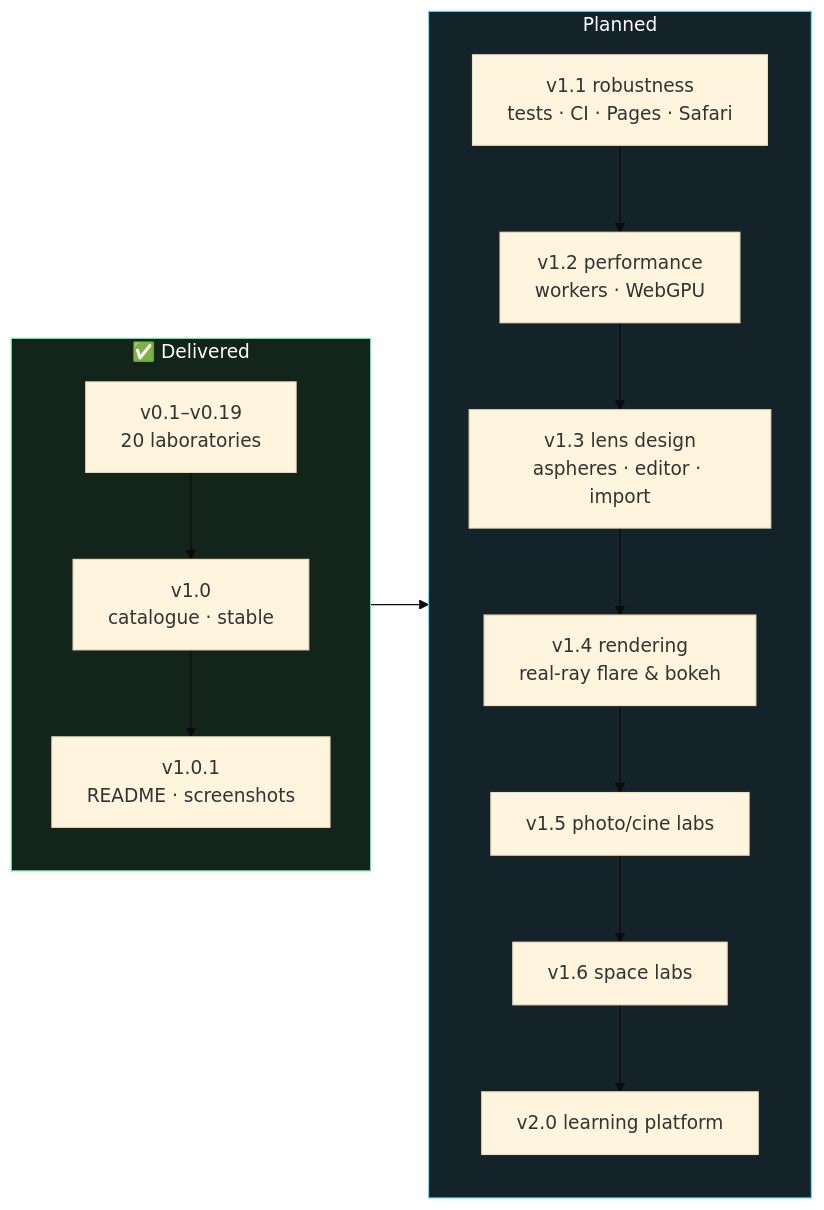
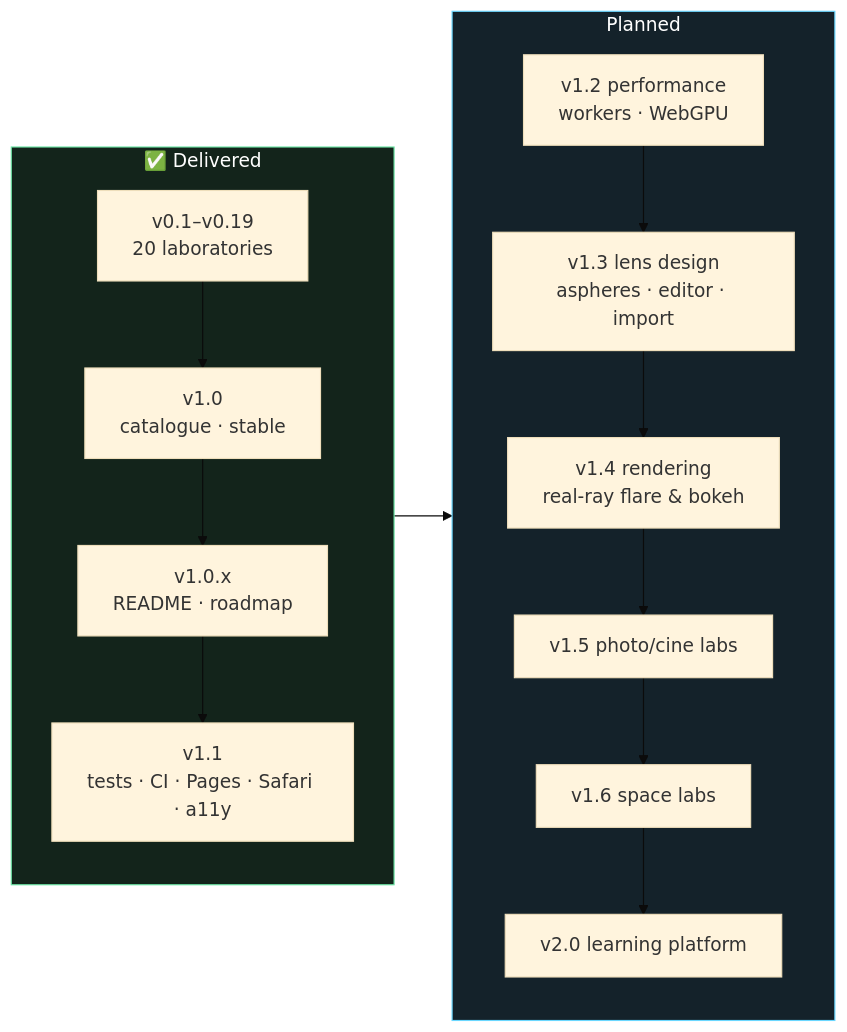
One commit to iiogurt/Optica_Viva changed the diagram in ROADMAP.md. Above: the diagram before and after it, drawn with Mermaid (base theme). The commit also changed other lines of this file and 4 other files, not shown here.

Commit message:
feat: v1.1 robustness milestone (tests, CI, Pages, Safari, URL state, mobile, a11y)

````diff
--- a/ROADMAP.md
+++ b/ROADMAP.md
@@ -50,15 +50,15 @@
 ```mermaid
 flowchart LR
     subgraph Done["✅ Delivered"]
         direction TB
-        D0["v0.1–v0.19<br/>20 laboratories"] --> D1["v1.0<br/>catalogue · stable"] --> D2["v1.0.1<br/>README · screenshots"]
+        D0["v0.1–v0.19<br/>20 laboratories"] --> D1["v1.0<br/>catalogue · stable"] --> D2["v1.0.x<br/>README · roadmap"] --> D3["v1.1<br/>tests · CI · Pages · Safari · a11y"]
     end
     subgraph Next["Planned"]
         direction TB
-        N1["v1.1 robustness<br/>tests · CI · Pages · Safari"] --> N2["v1.2 performance<br/>workers · WebGPU"] --> N3["v1.3 lens design<br/>aspheres · editor · import"]
+        N2["v1.2 performance<br/>workers · WebGPU"] --> N3["v1.3 lens design<br/>aspheres · editor · import"]
         N3 --> N4["v1.4 rendering<br/>real-ray flare & bokeh"] --> N5["v1.5 photo/cine labs"] --> N6["v1.6 space labs"] --> N7["v2.0 learning platform"]
     end
     Done --> Next
     style Done fill:#13241b,stroke:#6be3a4,color:#fff
     style Next fill:#14222a,stroke:#6ad7ff,color:#fff
 ```
````
